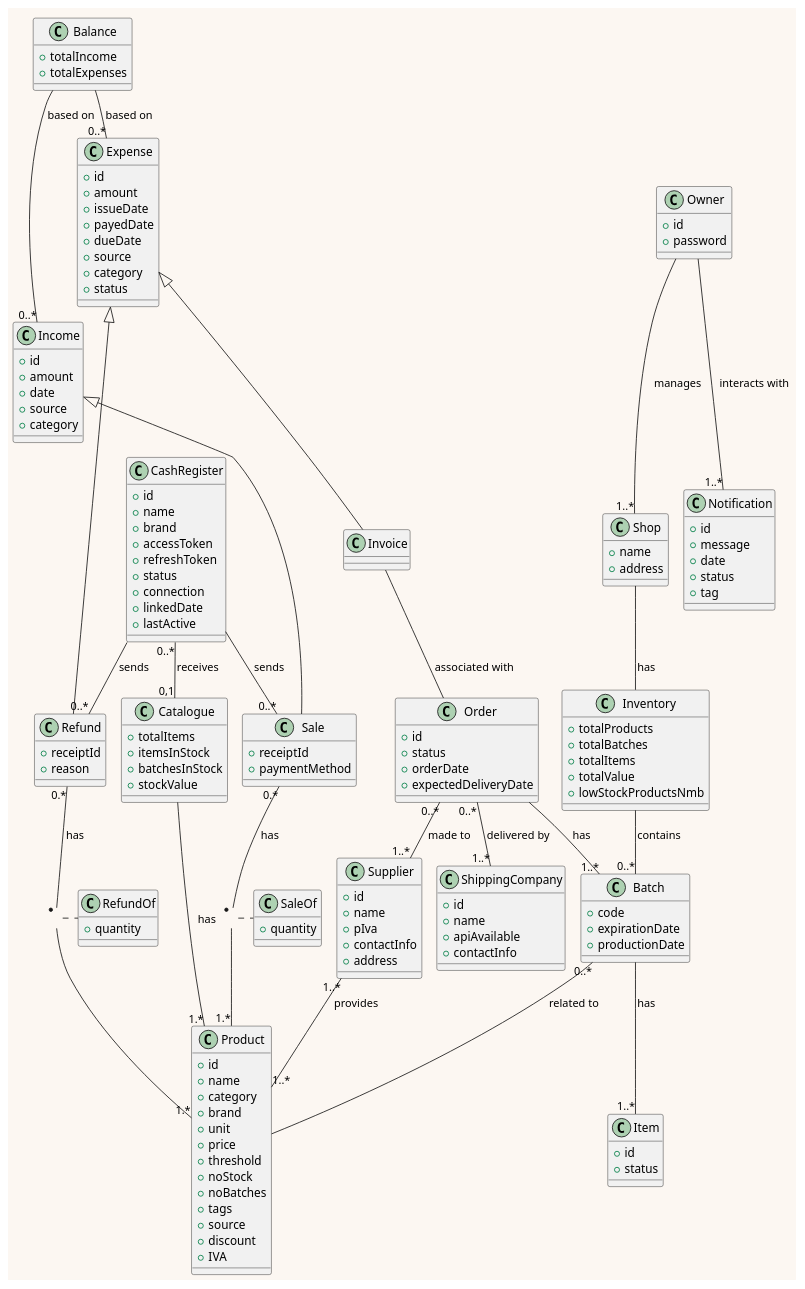
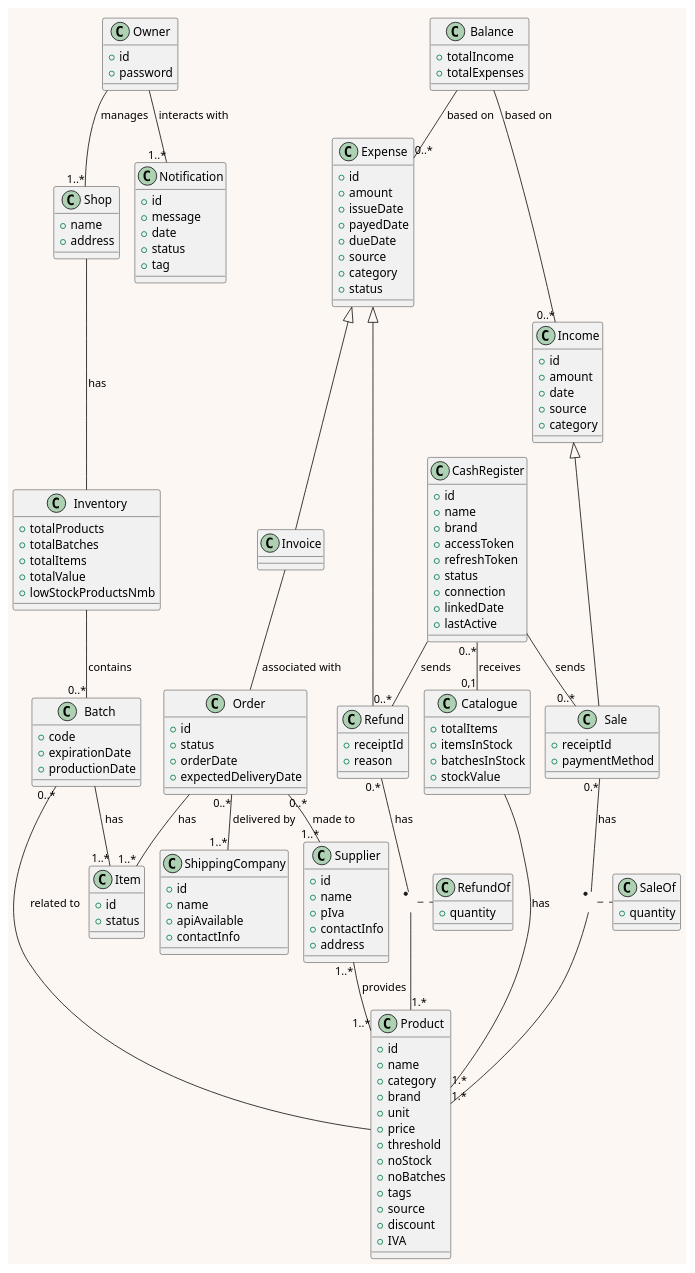
The second of 3 diagrams in res/plantuml/diagrams.md (Giuseppeclv008/Project), drawn with PlantUML before and after one commit. The commit also changed 1 other file, not shown here.

Commit message:
fix: 'order' --> 'batch' relationship

```diff
--- a/res/plantuml/diagrams.md
+++ b/res/plantuml/diagrams.md
@@ -179,7 +179,7 @@
 
 Batch  -- "1..*" Item: > has
 
-Order  -- "1..*" Batch: > has
+Order  -- "1..*" Item: > has
 Order "0..*" -- "1..*" Supplier: > made to 
 Order "0..*" -- "1..*" ShippingCompany: > delivered by 
 
```
